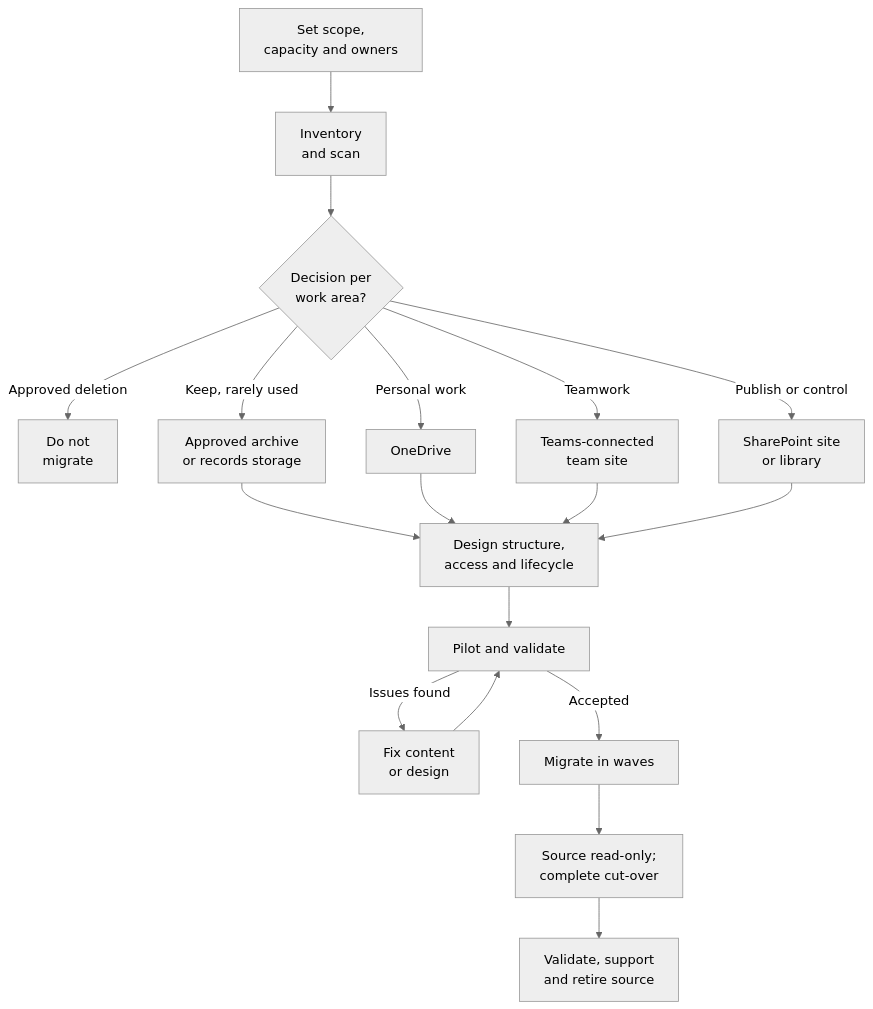
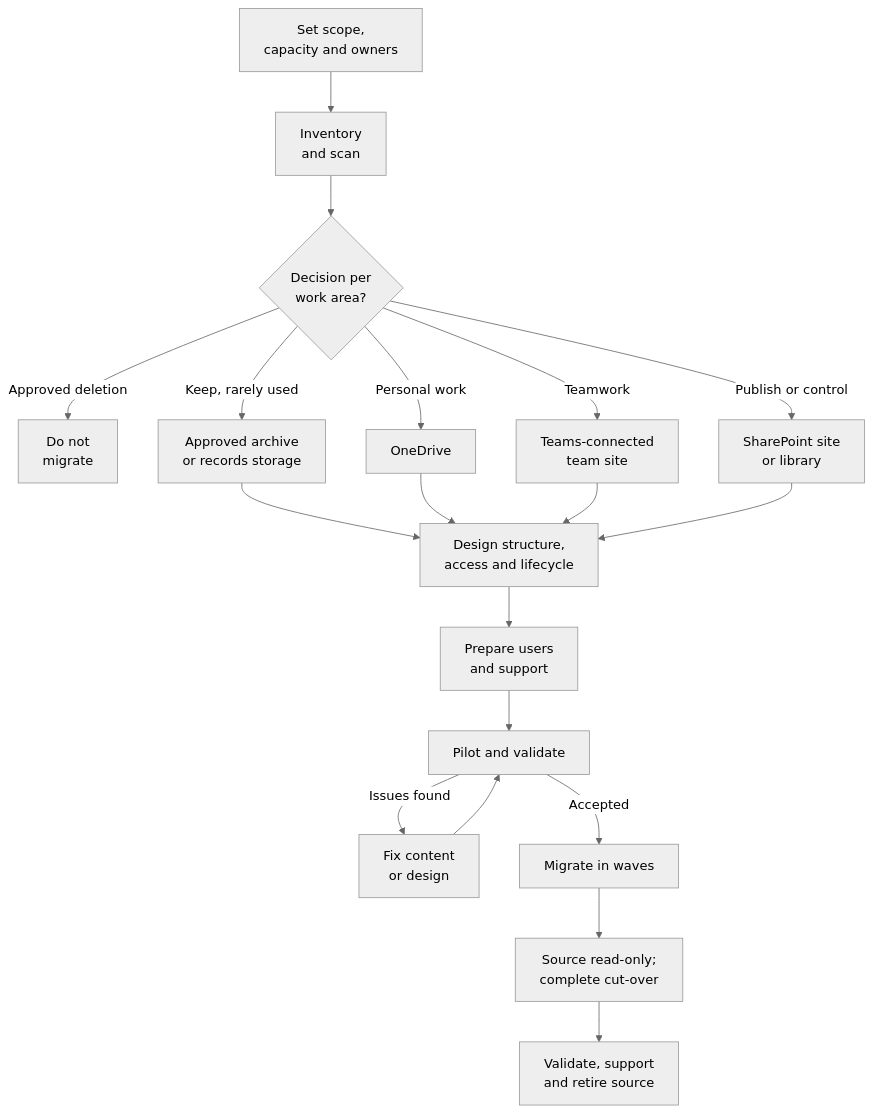
Before and after one commit to DwayneSelsig/M365wizard: the first of 2 diagrams in docs/admin-and-governance/migrate-file-server-to-sharepoint.md, drawn with Mermaid (neutral theme). The commit also changed other lines of this file and 1 other file, not shown here.

````diff
--- a/docs/admin-and-governance/migrate-file-server-to-sharepoint.md
+++ b/docs/admin-and-governance/migrate-file-server-to-sharepoint.md
@@ -26,21 +26,22 @@
 ```mermaid
 flowchart TD
     Scope[Set scope,<br/>capacity and owners] --> Assess[Inventory<br/>and scan]
     Assess --> Decide{Decision per<br/>work area?}
     Decide -->|Approved deletion| Delete[Do not<br/>migrate]
     Decide -->|Keep, rarely used| Archive[Approved archive<br/>or records storage]
     Decide -->|Personal work| OneDrive[OneDrive]
     Decide -->|Teamwork| Team[Teams-connected<br/>team site]
     Decide -->|Publish or control| SharePoint[SharePoint site<br/>or library]
 
     Archive --> Design[Design structure,<br/>access and lifecycle]
     OneDrive --> Design
     Team --> Design
     SharePoint --> Design
-    Design --> Pilot[Pilot and validate]
+    Design --> Prepare[Prepare users<br/>and support]
+    Prepare --> Pilot[Pilot and validate]
     Pilot -->|Issues found| Fix[Fix content<br/>or design]
     Fix --> Pilot
     Pilot -->|Accepted| Waves[Migrate in waves]
     Waves --> Cutover[Source read-only;<br/>complete cut-over]
     Cutover --> Review[Validate, support<br/>and retire source]
 ```
````
